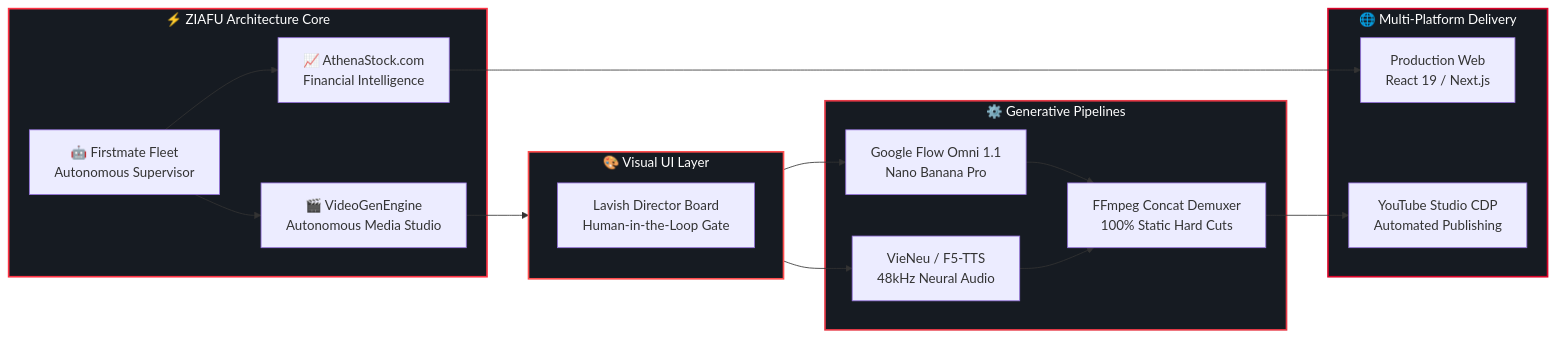
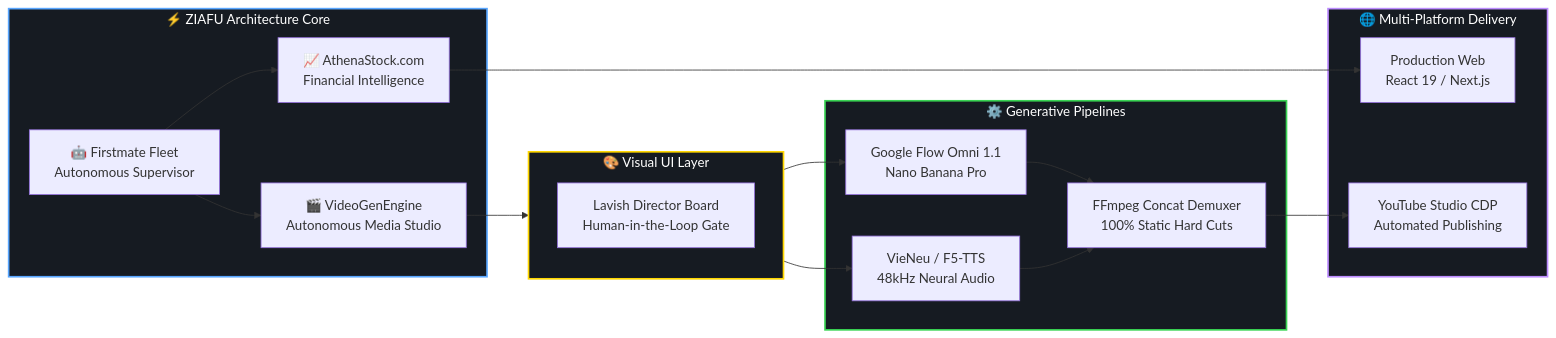
One commit to ziafu000/ziafu000 changed the diagram in README.md. Above: the diagram before and after it, drawn with Mermaid. The commit also changed other lines of this file and 1 other file, not shown here.

````diff
--- a/README.md
+++ b/README.md
@@ -70,38 +70,38 @@
 ```mermaid
 graph LR
     subgraph Core["⚡ ZIAFU Architecture Core"]
         Supervisor["🤖 Firstmate Fleet<br/>Autonomous Supervisor"]
         Production["📈 AthenaStock.com<br/>Financial Intelligence"]
         Studio["🎬 VideoGenEngine<br/>Autonomous Media Studio"]
     end
 
     subgraph VisualGate["🎨 Visual UI Layer"]
         Lavish["Lavish Director Board<br/>Human-in-the-Loop Gate"]
     end
 
     subgraph Engines["⚙️ Generative Pipelines"]
         Flow["Google Flow Omni 1.1<br/>Nano Banana Pro"]
         TTS["VieNeu / F5-TTS<br/>48kHz Neural Audio"]
         FFmpeg["FFmpeg Concat Demuxer<br/>100% Static Hard Cuts"]
     end
 
     subgraph WebDelivery["🌐 Multi-Platform Delivery"]
         Web["Production Web<br/>React 19 / Next.js"]
         YouTube["YouTube Studio CDP<br/>Automated Publishing"]
     end
 
     Supervisor --> Studio
     Studio --> VisualGate
     VisualGate --> Flow
     VisualGate --> TTS
     Flow --> FFmpeg
     TTS --> FFmpeg
     FFmpeg --> YouTube
     Supervisor --> Production
     Production --> Web
 
-    style Core fill:#161b22,stroke:#ff3344,stroke-width:2px,color:#fff
-    style VisualGate fill:#161b22,stroke:#ff4d4d,stroke-width:2px,color:#fff
-    style Engines fill:#161b22,stroke:#e63946,stroke-width:2px,color:#fff
-    style WebDelivery fill:#161b22,stroke:#d90429,stroke-width:2px,color:#fff
+    style Core fill:#161b22,stroke:#58a6ff,stroke-width:2px,color:#fff
+    style VisualGate fill:#161b22,stroke:#ffd700,stroke-width:2px,color:#fff
+    style Engines fill:#161b22,stroke:#39d353,stroke-width:2px,color:#fff
+    style WebDelivery fill:#161b22,stroke:#bc8cff,stroke-width:2px,color:#fff
 ```
````
